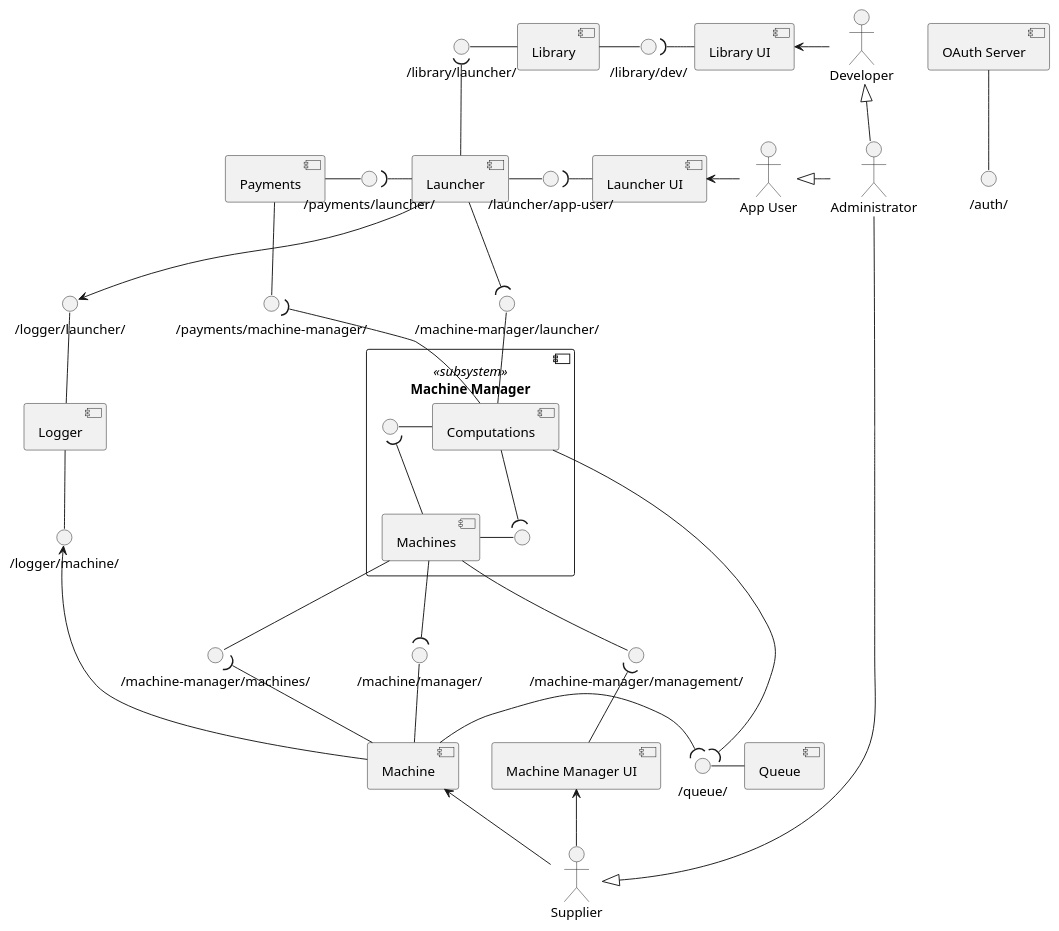
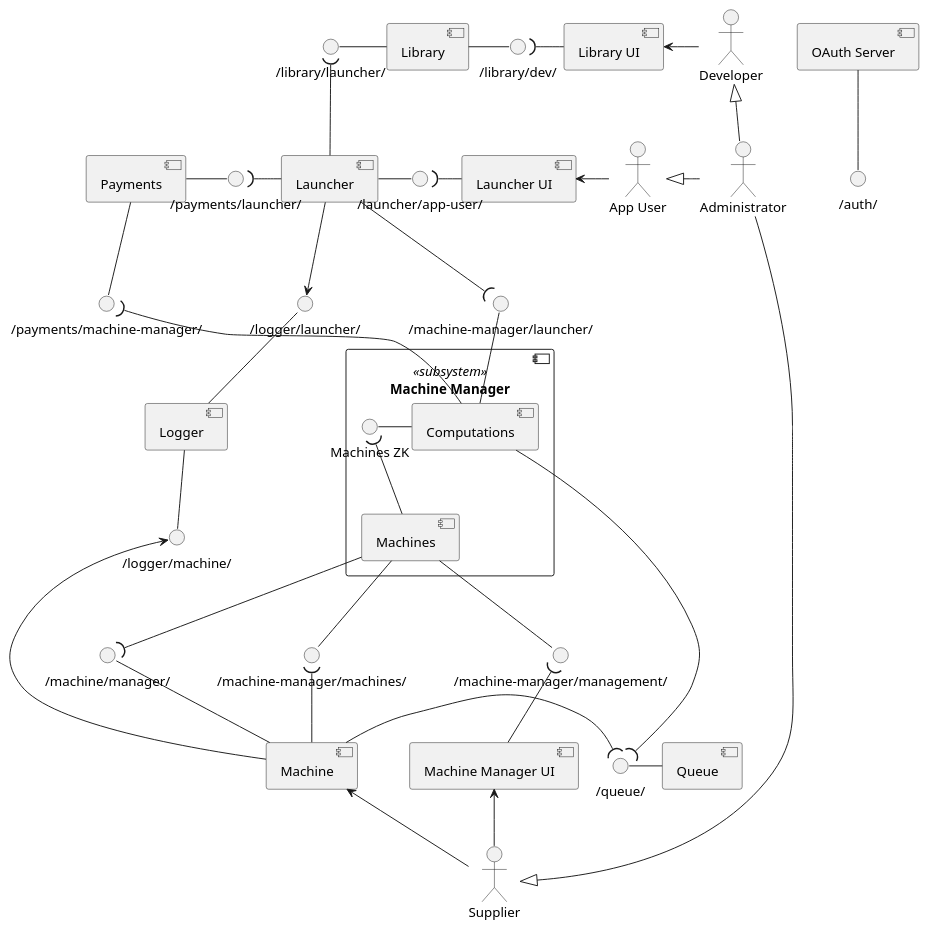
Before and after one commit to Plan-B-PO/docs: the diagram in components/components.puml, drawn with PlantUML.

Commit message:
Add Machine Manager internal interface

```diff
--- a/components/components.puml
+++ b/components/components.puml
@@ -1,94 +1,90 @@
 @startuml
 
 skinparam componentStyle uml2
 skinparam monochrome true
 
 actor "App User" as AU
 actor Developer as AD
 actor Supplier as AS
 actor Administrator as AA
 
 AA -le-|> AU
 AA -up-|> AD
 AA -do-|> AS
 
 component Launcher as CLa
 component "Launcher UI" as CLaU
 component Library as CLi
 component "Library UI" as CLiU
 component Logger as CLo
 component "Machine Manager" <<subsystem>> as SM {
     component "Machines" as SMCM
     component "Computations" as SMCC
-    interface " " as ISMCMSMCC
-    interface " " as ISMCCSMCM
+    interface "Machines ZK" as ISMCCSMCM
 
     SMCC -ri- ISMCCSMCM
     SMCM -up-( ISMCCSMCM
-
-    SMCM -le- ISMCMSMCC
-    SMCC -ri-( ISMCMSMCC
 }
 component "Machine Manager UI" as CMU
 component Payments as CP
 component Machine as CMa
 component "OAuth Server" as CA
 component Queue as CQ
 
 interface "/logger/launcher/" as ICLoCLa
 interface "/logger/machine/" as ICLoCMa
 interface "/machine-manager/machines/" as ICMCMa
 interface "/machine-manager/launcher/" as ICMCLa
 interface "/library/launcher/" as ICLiCLa
 interface "/payments/launcher/" as ICPCLa
 interface "/payments/machine-manager/" as ICPCM
 interface "/library/dev/" as ICLiAD
 interface "/machine-manager/management/" as ICMAS
 interface "/launcher/app-user/" as ICLaAU
 interface "/machine/manager/" as ICMaCM
 interface "/queue/" as ICQ
 interface "/auth/" as ICA
 
 CA -do- ICA
 
 AD -le-> CLiU
 CLiU -le-( ICLiAD
 ICLiAD -le- CLi
 
 AS -up-> CMU
 CMU -up-( ICMAS
 ICMAS -up- SMCM
 
 AU -le-> CLaU
 CLaU -le-( ICLaAU
 ICLaAU -le- CLa
 
 CLi -le- ICLiCLa
 ICLiCLa )-do- CLa
 
 CLa -do-( ICMCLa
 ICMCLa -do- SMCC
 
 SMCM -do- ICMCMa
 ICMCMa )-do- CMa
 SMCM -do-( ICMaCM
 ICMaCM -do- CMa
 
 CMa <-do- AS
 
 CP -ri- ICPCLa
 ICPCLa )-ri- CLa
 
 CP -do- ICPCM
 SMCC -up-( ICPCM
 
 CLa -do-> ICLoCLa
 ICLoCLa -do- CLo
 CLo -do- ICLoCMa
 ICLoCMa <-do- CMa
 
 CQ -le- ICQ
 SMCC -do-( ICQ
 CMa -ri-( ICQ
 
 @enduml
```
